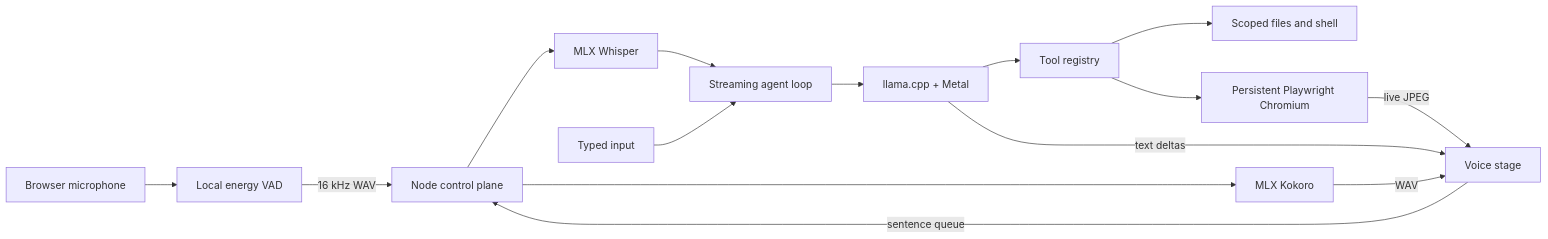
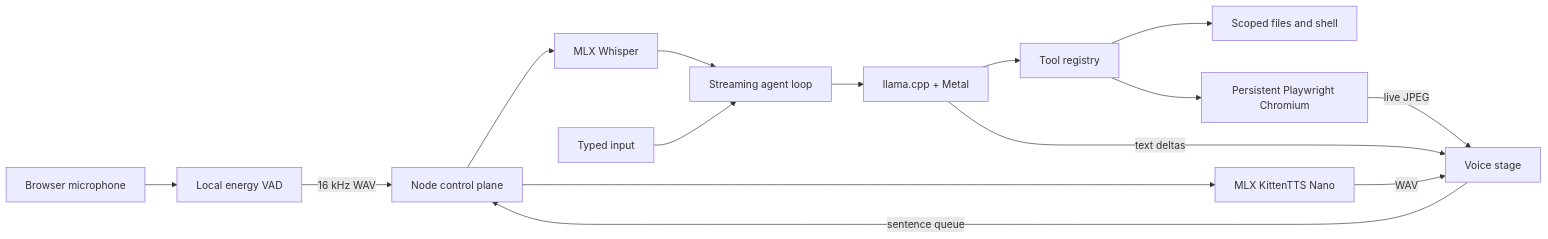
Before and after one commit to pianistprogrammer/jarvis: the diagram in ARCHITECTURE.md, drawn with Mermaid. The commit also changed other lines of this file and 10 other files, not shown here.

````diff
--- a/ARCHITECTURE.md
+++ b/ARCHITECTURE.md
@@ -3,17 +3,17 @@
 ```mermaid
 flowchart LR
   Mic[Browser microphone] --> VAD[Local energy VAD]
   VAD -->|16 kHz WAV| API[Node control plane]
   API --> STT[MLX Whisper]
   STT --> Agent[Streaming agent loop]
   Text[Typed input] --> Agent
   Agent --> LLM[llama.cpp + Metal]
   LLM --> Tools[Tool registry]
   Tools --> Files[Scoped files and shell]
   Tools --> Browser[Persistent Playwright Chromium]
   Browser -->|live JPEG| UI[Voice stage]
   LLM -->|text deltas| UI
   UI -->|sentence queue| API
-  API --> TTS[MLX Kokoro]
+  API --> TTS[MLX KittenTTS Nano]
   TTS -->|WAV| UI
 ```
````
